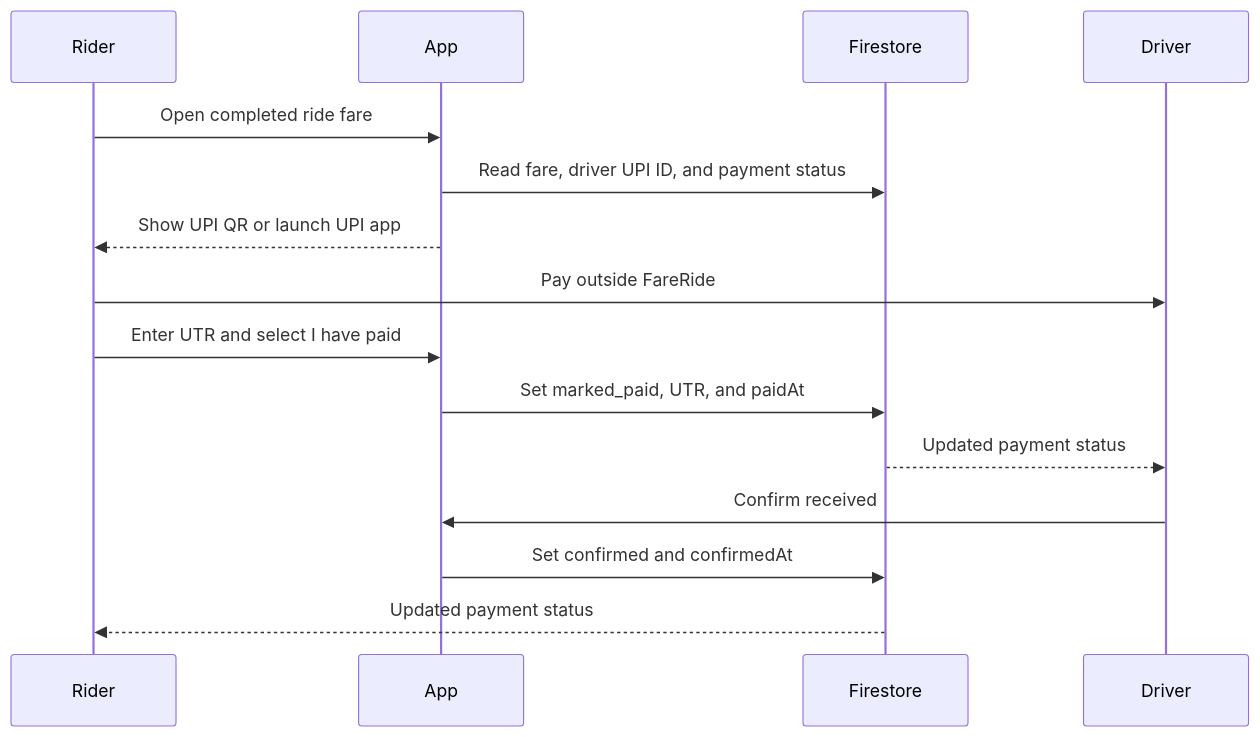
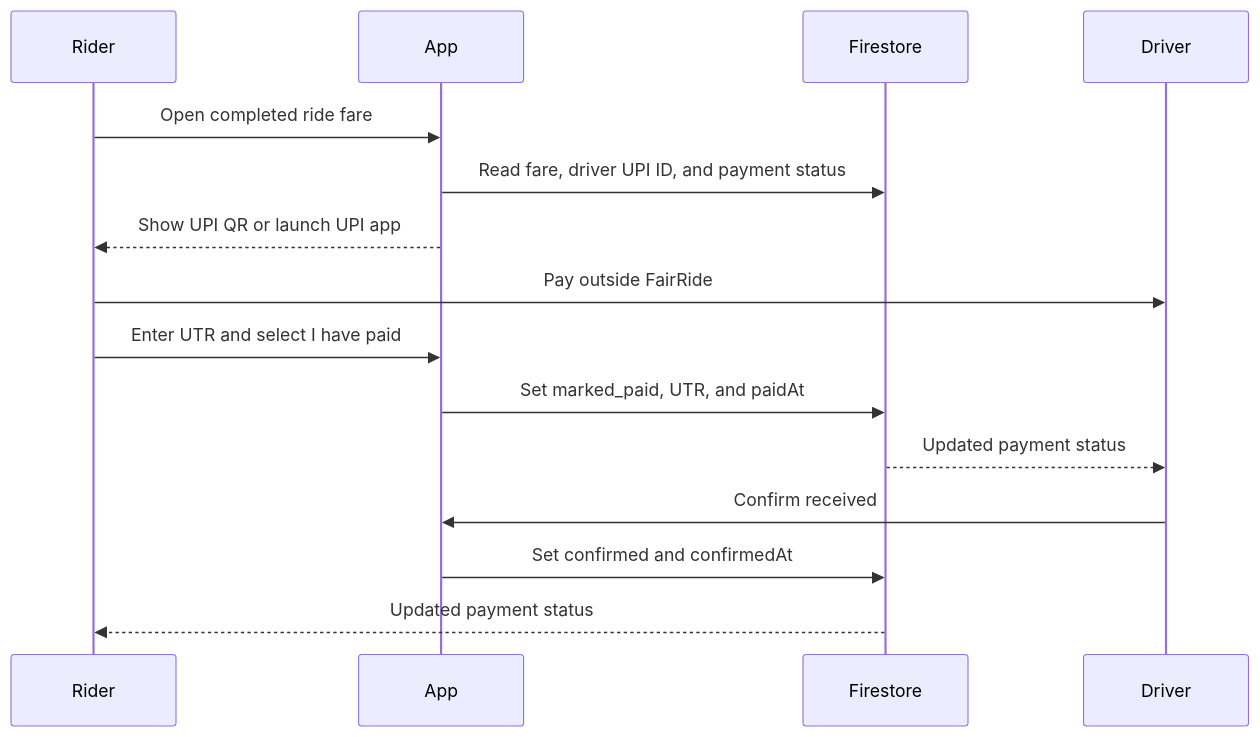
One commit to KoenaBiswas/FairRide changed the fifth of 9 diagrams in README.md. Above: the diagram before and after it, drawn with Mermaid. The commit also changed other lines of this file and 53 other files, not shown here.

````diff
--- a/README.md
+++ b/README.md
@@ -203,17 +208,17 @@
 ```mermaid
 sequenceDiagram
   participant Rider
   participant App
   participant Firestore
   participant Driver
   Rider->>App: Open completed ride fare
   App->>Firestore: Read fare, driver UPI ID, and payment status
   App-->>Rider: Show UPI QR or launch UPI app
-  Rider->>Driver: Pay outside FareRide
+  Rider->>Driver: Pay outside FairRide
   Rider->>App: Enter UTR and select I have paid
   App->>Firestore: Set marked_paid, UTR, and paidAt
   Firestore-->>Driver: Updated payment status
   Driver->>App: Confirm received
   App->>Firestore: Set confirmed and confirmedAt
   Firestore-->>Rider: Updated payment status
 ```
````
